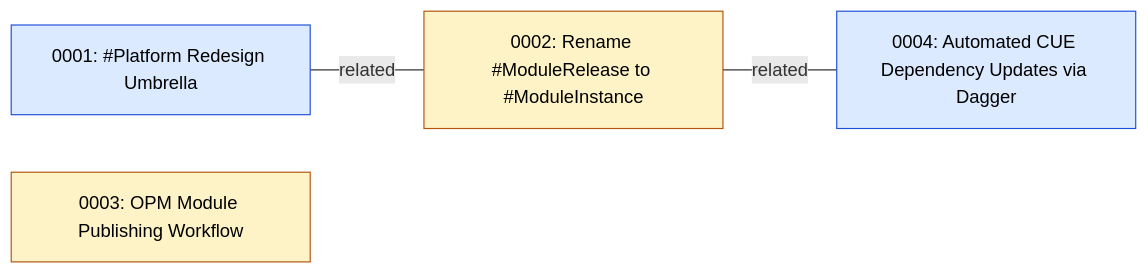
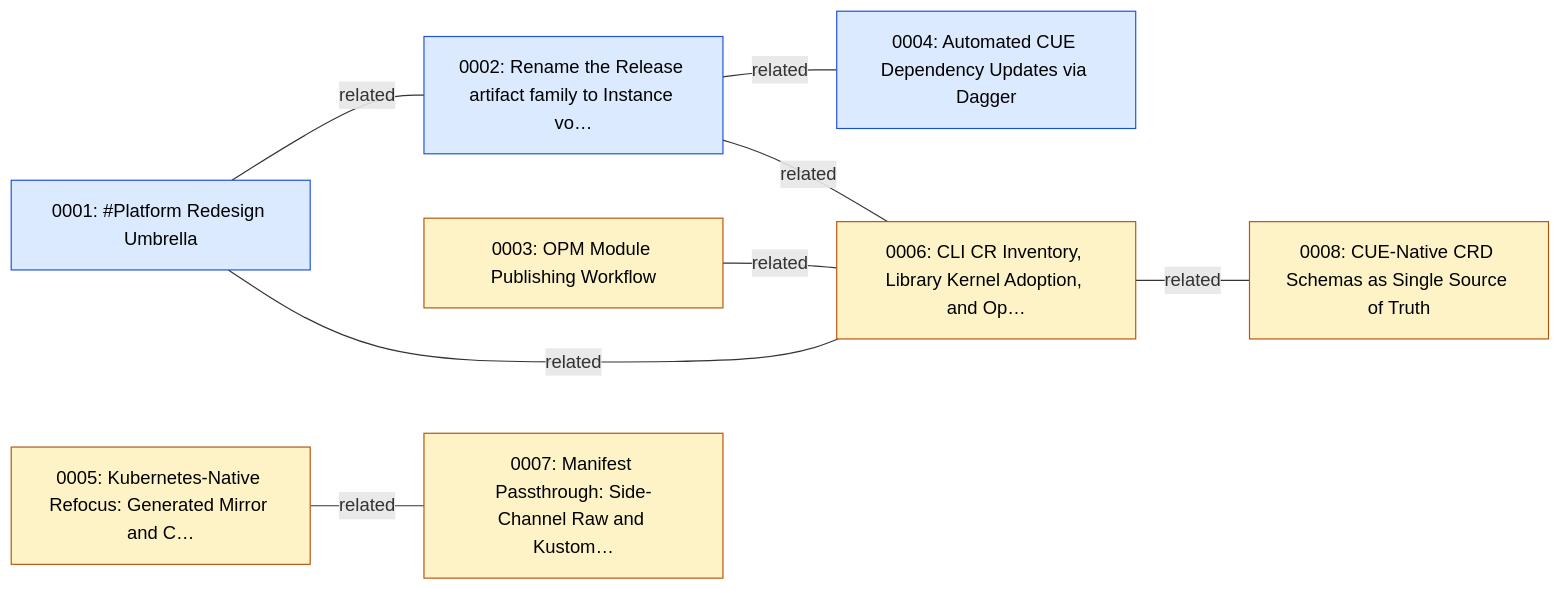
Before and after one commit to open-platform-model/enhancements: the first of 2 diagrams in GRAPH.md, drawn with Mermaid. The commit also changed 59 other files, not shown here.

````diff
--- a/GRAPH.md
+++ b/GRAPH.md
@@ -5,16 +5,25 @@
 ```mermaid
 graph LR
   classDef draft       fill:#fef3c7,stroke:#b45309,color:#000
   classDef accepted    fill:#dbeafe,stroke:#1d4ed8,color:#000
   classDef implemented fill:#dcfce7,stroke:#15803d,color:#000
   classDef superseded  fill:#e5e7eb,stroke:#6b7280,color:#6b7280
   classDef legacy      fill:#fafafa,stroke:#9ca3af,color:#6b7280,stroke-dasharray:3 3
 
   N0001["0001: #Platform Redesign Umbrella"]:::accepted
-  N0002["0002: Rename #ModuleRelease to #ModuleInstance"]:::draft
+  N0002["0002: Rename the Release artifact family to Instance vo…"]:::accepted
   N0003["0003: OPM Module Publishing Workflow"]:::draft
   N0004["0004: Automated CUE Dependency Updates via Dagger"]:::accepted
+  N0005["0005: Kubernetes-Native Refocus: Generated Mirror and C…"]:::draft
+  N0006["0006: CLI CR Inventory, Library Kernel Adoption, and Op…"]:::draft
+  N0007["0007: Manifest Passthrough: Side-Channel Raw and Kustom…"]:::draft
+  N0008["0008: CUE-Native CRD Schemas as Single Source of Truth"]:::draft
 
   N0001 ---|related| N0002
+  N0001 ---|related| N0006
   N0002 ---|related| N0004
+  N0002 ---|related| N0006
+  N0003 ---|related| N0006
+  N0005 ---|related| N0007
+  N0006 ---|related| N0008
 ```
````
